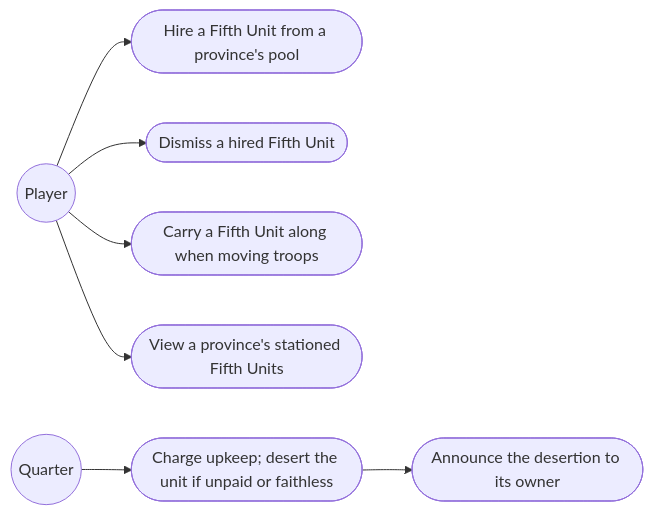
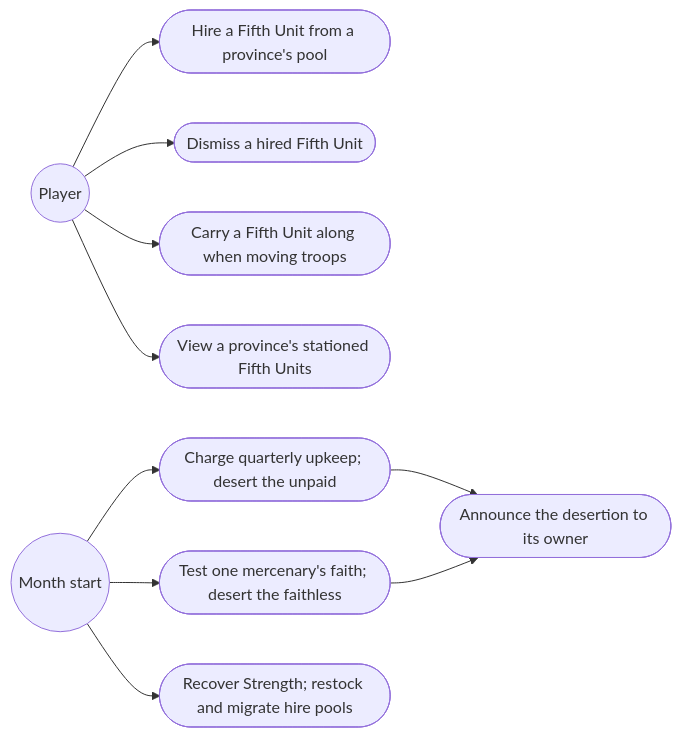
One commit to pslotinsky/kunstkamera changed the first of 4 diagrams in gemstorm/docs/design/06-fifth-units.md. Above: the diagram before and after it, drawn with Mermaid. The commit also changed other lines of this file and 19 other files, not shown here.

````diff
--- a/gemstorm/docs/design/06-fifth-units.md
+++ b/gemstorm/docs/design/06-fifth-units.md
@@ -41,11 +46,14 @@
 ```mermaid
 flowchart LR
   player((Player))
   player --> uc1(["Hire a Fifth Unit from a province's pool"])
   player --> uc2(["Dismiss a hired Fifth Unit"])
   player --> uc4(["Carry a Fifth Unit along when moving troops"])
   player --> uc5(["View a province's stationed Fifth Units"])
-  clock((Quarter))
-  clock --> uc3(["Charge upkeep; desert the unit if unpaid or faithless"])
+  clock((Month start))
+  clock --> uc3(["Charge quarterly upkeep; desert the unpaid"])
+  clock --> uc7(["Test one mercenary's faith; desert the faithless"])
+  clock --> uc8(["Recover Strength; restock and migrate hire pools"])
   uc3 --> uc6(["Announce the desertion to its owner"])
+  uc7 --> uc6
 ```
````
